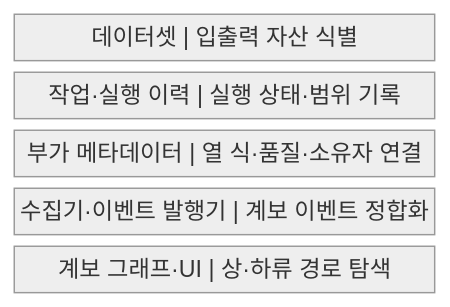
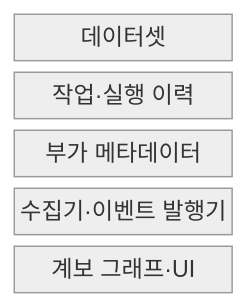
The first of 2 diagrams in src/content/docs/notes/03-software/134_data_lineage.md (agnusdei1207/knowledge-base), drawn with Mermaid (neutral theme) before and after one commit. The commit also changed other lines of this file and 238 other files, not shown here.

````diff
--- a/src/content/docs/notes/03-software/134_data_lineage.md
+++ b/src/content/docs/notes/03-software/134_data_lineage.md
@@ -58,9 +58,9 @@
 ```mermaid
-block
+block-beta
     columns 1
-    A["데이터셋 | 입출력 자산 식별"]
-    B["작업·실행 이력 | 실행 상태·범위 기록"]
-    C["부가 메타데이터 | 열 식·품질·소유자 연결"]
-    D["수집기·이벤트 발행기 | 계보 이벤트 정합화"]
-    E["계보 그래프·UI | 상·하류 경로 탐색"]
+    A["데이터셋"]
+    B["작업·실행 이력"]
+    C["부가 메타데이터"]
+    D["수집기·이벤트 발행기"]
+    E["계보 그래프·UI"]
 ```
````
